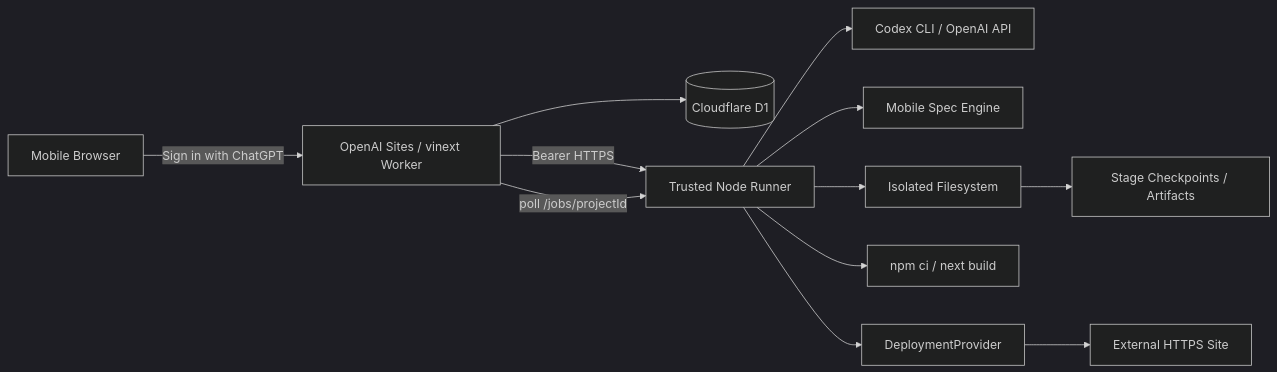
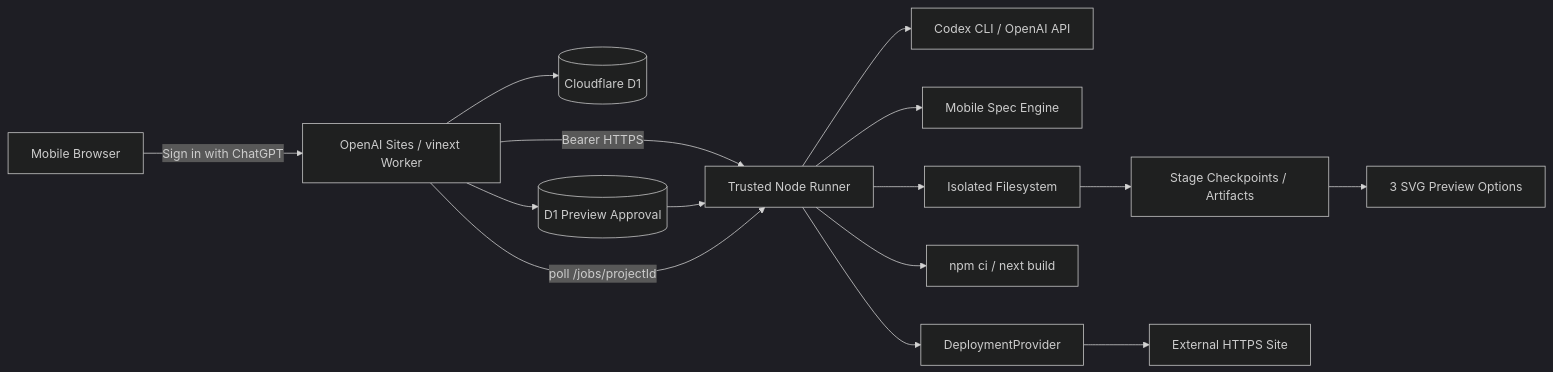
The first of 2 diagrams in docs/总体技术方案.md (JonasQiu/mobile-app-build), drawn with Mermaid (dark theme) before and after one commit. The commit also changed other lines of this file and 37 other files, not shown here.

Commit message:
feat: add preview approval gate before Codex

````diff
--- a/docs/总体技术方案.md
+++ b/docs/总体技术方案.md
@@ -5,14 +5,17 @@
 ```mermaid
 flowchart LR
   U[Mobile Browser] -->|Sign in with ChatGPT| S[OpenAI Sites / vinext Worker]
   S --> D[(Cloudflare D1)]
   S -->|Bearer HTTPS| R[Trusted Node Runner]
   R --> C[Codex CLI / OpenAI API]
   R --> M[Mobile Spec Engine]
   R --> F[Isolated Filesystem]
   F --> K[Stage Checkpoints / Artifacts]
+  K --> V[3 SVG Preview Options]
+  S --> A[(D1 Preview Approval)]
+  A --> R
   R --> B[npm ci / next build]
   R --> P[DeploymentProvider]
   P --> H[External HTTPS Site]
   S -->|poll /jobs/projectId| R
 ```
````
